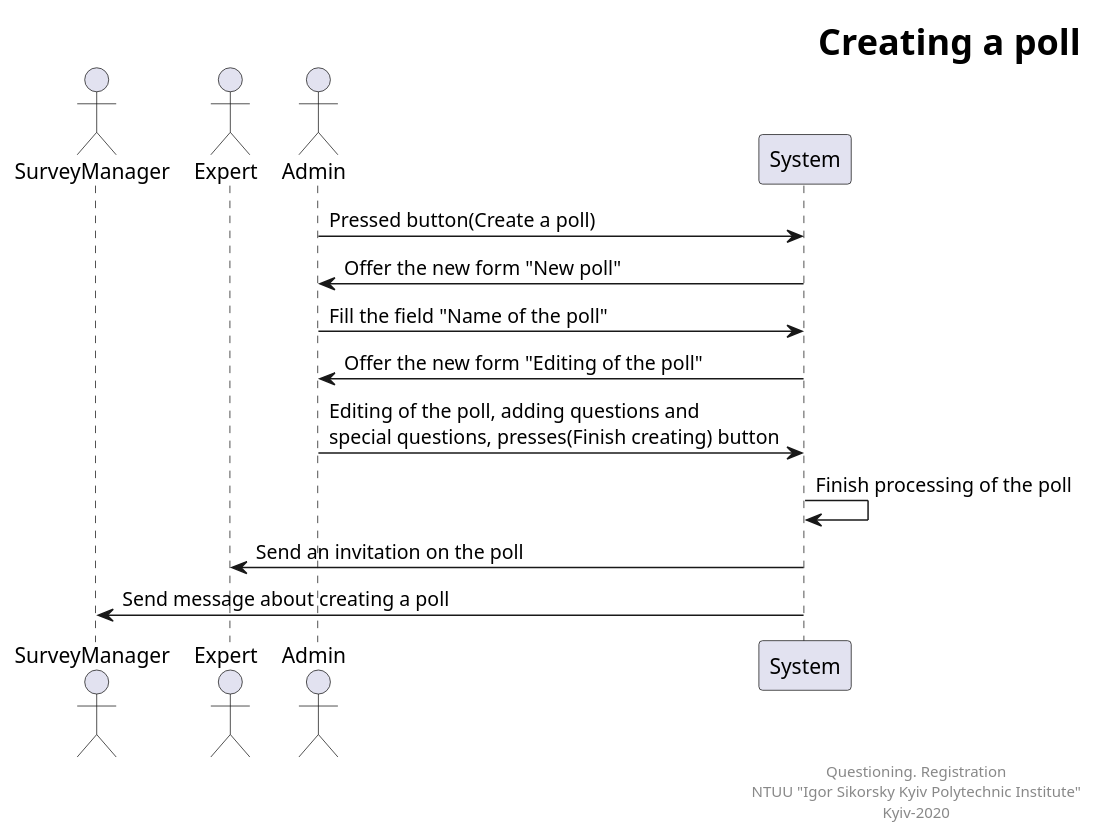
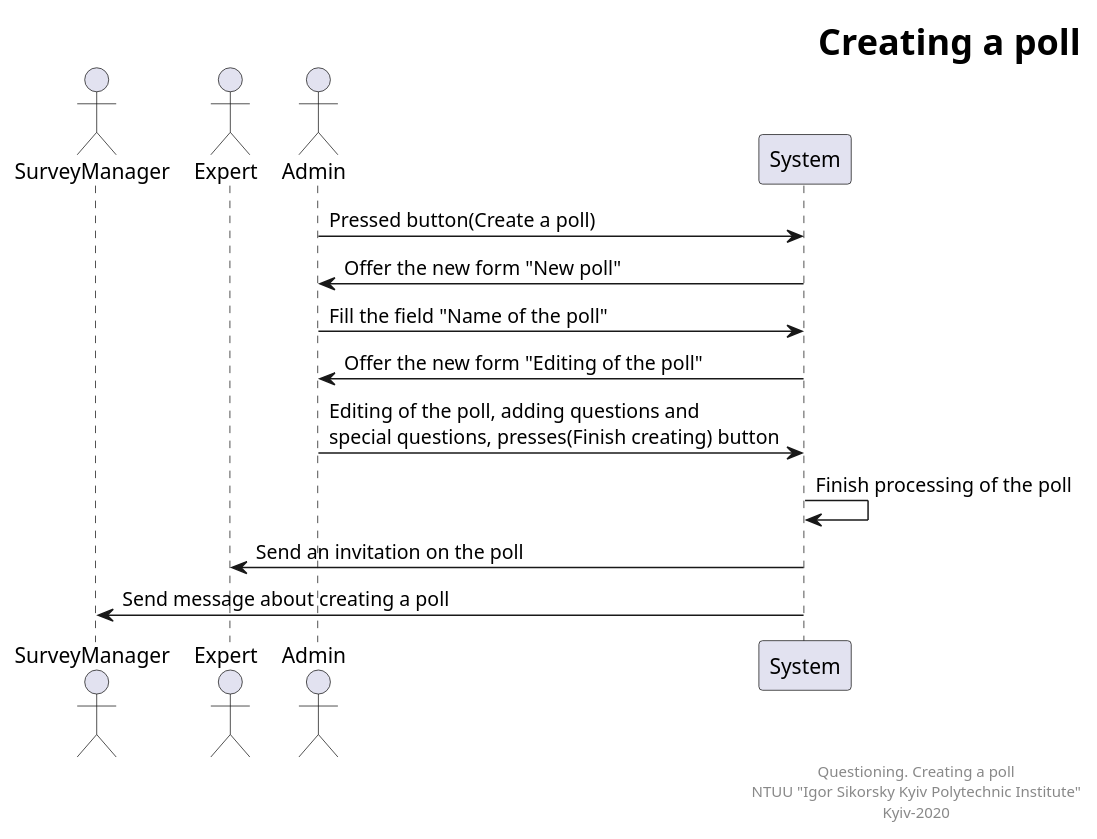
The diagram in Information/Diagrams/usecasemodel/usecases/createPoll.pu (teramont/databaseQuestioning), drawn with PlantUML before and after one commit.

```diff
--- a/Information/Diagrams/usecasemodel/usecases/createPoll.pu
+++ b/Information/Diagrams/usecasemodel/usecases/createPoll.pu
@@ -1,28 +1,28 @@
 @startuml
 right header
 <font size=24 color=black><b>Creating a poll
 end header
 
 actor Admin
 actor SurveyManager as SM
 actor Expert as EX
 
 participant SM order 30
 participant EX order 20
 participant Admin order 10
 
 Admin -> System: Pressed button(Create a poll)
 System -> Admin: Offer the new form "New poll"
 Admin -> System: Fill the field "Name of the poll"
 System -> Admin: Offer the new form "Editing of the poll"
 Admin -> System: Editing of the poll, adding questions and \nspecial questions, presses(Finish creating) button
 System -> System: Finish processing of the poll
 System -> EX: Send an invitation on the poll
 System -> SM: Send message about creating a poll
 
 right footer
-Questioning. Registration
+Questioning. Creating a poll
 NTUU "Igor Sikorsky Kyiv Polytechnic Institute"
 Kyiv-2020
 end footer
 @enduml
```
